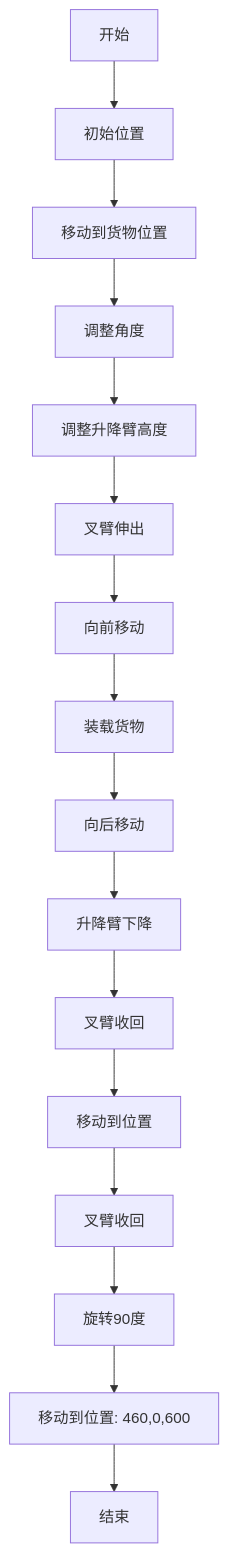
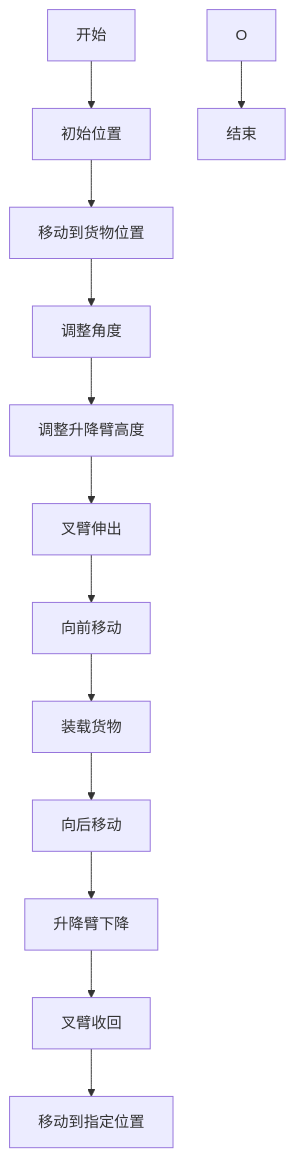
One commit to Mrmilu212/iodraw-files changed the diagram in all/未命名-1.md. Above: the diagram before and after it, drawn with Mermaid.

Commit message:
2025-05-20 14:24:17 update

````diff
--- a/all/未命名-1.md
+++ b/all/未命名-1.md
@@ -1,18 +1,16 @@
 ```mermaid
 graph TD
     A[开始] --> B[初始位置]
     B --> C[移动到货物位置]
     C --> D[调整角度]
     D --> E[调整升降臂高度]
     E --> F[叉臂伸出]
     F --> G[向前移动]
     G --> H[装载货物]
     H --> I[向后移动]
     I --> J[升降臂下降]
     J --> K[叉臂收回]
-    K --> L[移动到位置]
-    L --> M[叉臂收回]
-    M --> N[旋转90度]
-    N --> O[移动到位置: 460,0,600]
+    K --> L[移动到指定位置]
+
     O --> P[结束]
 ```
````
